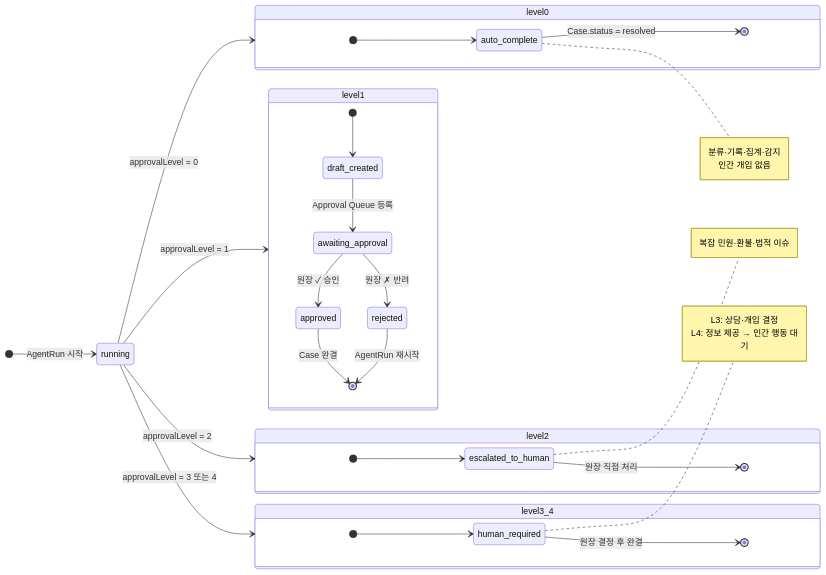
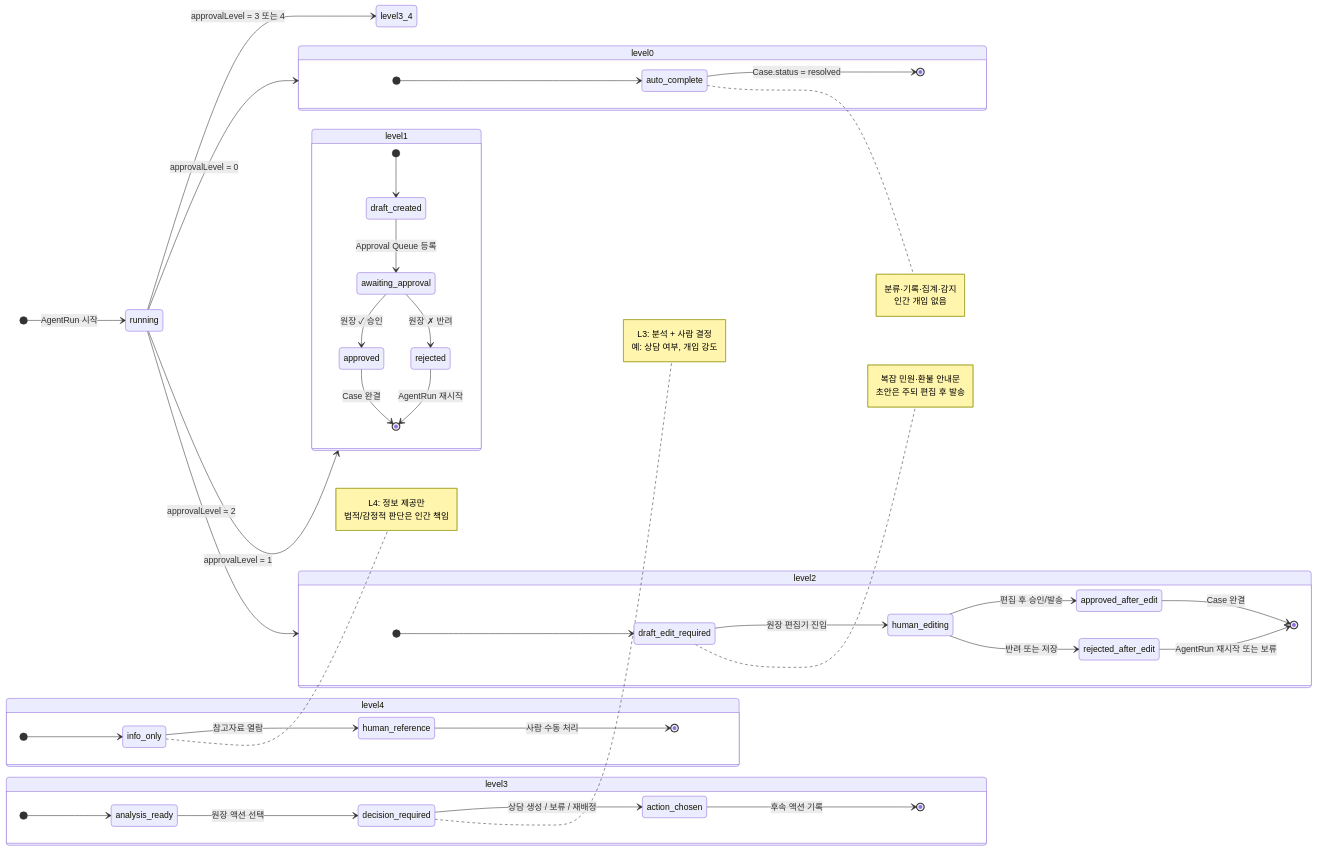
The second of 2 diagrams in 03_제품/hagent-os/diagrams/04_approval-state.md (River-181/KEG-Mangsanggwedo), drawn with Mermaid before and after one commit. The commit also changed other lines of this file and 82 other files, not shown here.

````diff
--- a/03_제품/hagent-os/diagrams/04_approval-state.md
+++ b/03_제품/hagent-os/diagrams/04_approval-state.md
@@ -40,46 +40,63 @@
 ```mermaid
 stateDiagram-v2
     direction LR
 
     [*] --> running : AgentRun 시작
 
     running --> level0 : approvalLevel = 0
     running --> level1 : approvalLevel = 1
     running --> level2 : approvalLevel = 2
     running --> level3_4 : approvalLevel = 3 또는 4
 
     state level0 {
         [*] --> auto_complete
         auto_complete --> [*] : Case.status = resolved
         note right of auto_complete
             분류·기록·집계·감지
             인간 개입 없음
         end note
     }
 
     state level1 {
         [*] --> draft_created
         draft_created --> awaiting_approval : Approval Queue 등록
         awaiting_approval --> approved : 원장 ✓ 승인
         awaiting_approval --> rejected : 원장 ✗ 반려
         approved --> [*] : Case 완결
         rejected --> [*] : AgentRun 재시작
     }
 
     state level2 {
-        [*] --> escalated_to_human
-        escalated_to_human --> [*] : 원장 직접 처리
-        note right of escalated_to_human
-            복잡 민원·환불·법적 이슈
+        [*] --> draft_edit_required
+        draft_edit_required --> human_editing : 원장 편집기 진입
+        human_editing --> approved_after_edit : 편집 후 승인/발송
+        human_editing --> rejected_after_edit : 반려 또는 저장
+        approved_after_edit --> [*] : Case 완결
+        rejected_after_edit --> [*] : AgentRun 재시작 또는 보류
+        note right of draft_edit_required
+            복잡 민원·환불 안내문
+            초안은 주되 편집 후 발송
         end note
     }
 
-    state level3_4 {
-        [*] --> human_required
-        human_required --> [*] : 원장 결정 후 완결
-        note right of human_required
-            L3: 상담·개입 결정
-            L4: 정보 제공 → 인간 행동 대기
+    state level3 {
+        [*] --> analysis_ready
+        analysis_ready --> decision_required : 원장 액션 선택
+        decision_required --> action_chosen : 상담 생성 / 보류 / 재배정
+        action_chosen --> [*] : 후속 액션 기록
+        note right of decision_required
+            L3: 분석 + 사람 결정
+            예: 상담 여부, 개입 강도
+        end note
+    }
+
+    state level4 {
+        [*] --> info_only
+        info_only --> human_reference : 참고자료 열람
+        human_reference --> [*] : 사람 수동 처리
+        note right of info_only
+            L4: 정보 제공만
+            법적/감정적 판단은 인간 책임
         end note
     }
 ```
````
